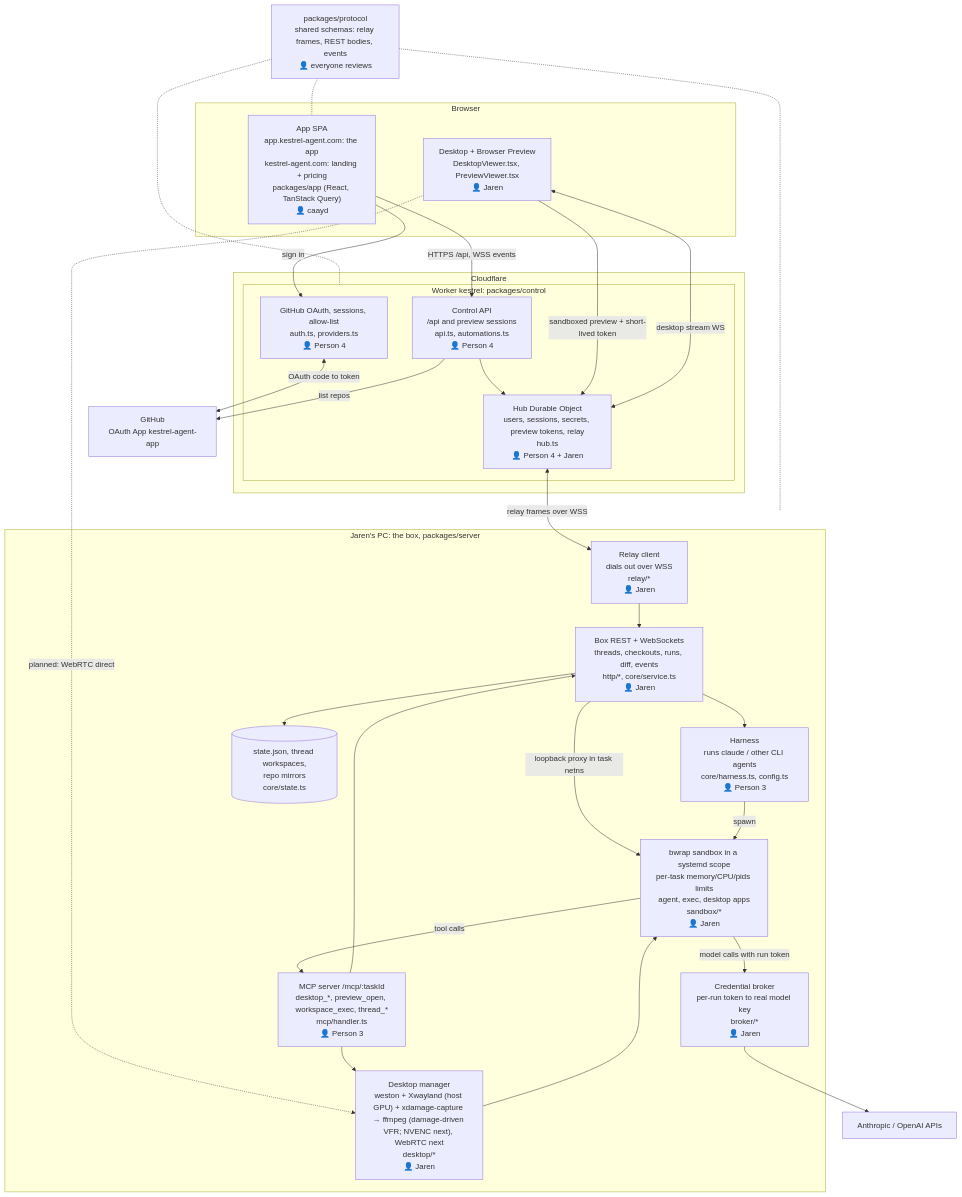
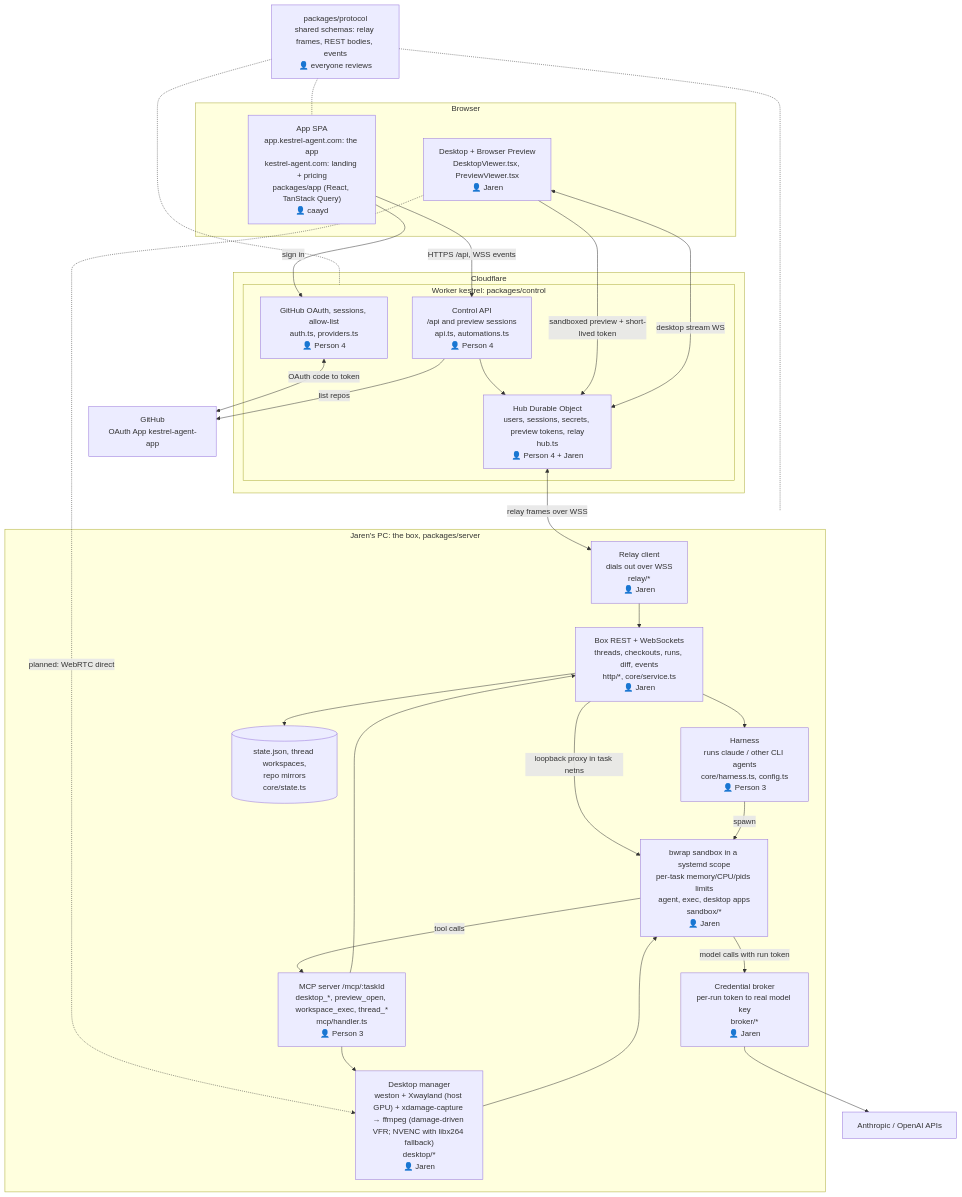
Before and after one commit to jarenm1/kestrel: the diagram in docs/architecture.md, drawn with Mermaid. The commit also changed other lines of this file and 1 other file, not shown here.

Commit message:
docs: mark NVENC desktop streaming as implemented

````diff
--- a/docs/architecture.md
+++ b/docs/architecture.md
@@ -3,56 +3,56 @@
 ```mermaid
 flowchart TB
   subgraph Browser["Browser"]
     APP["App SPA<br/>app.kestrel-agent.com: the app<br/>kestrel-agent.com: landing + pricing<br/>packages/app (React, TanStack Query)<br/>👤 caayd"]
     VIEW["Desktop + Browser Preview<br/>DesktopViewer.tsx, PreviewViewer.tsx<br/>👤 Jaren"]
   end
 
   subgraph CF["Cloudflare"]
     subgraph CTRL["Worker kestrel: packages/control"]
       AUTH["GitHub OAuth, sessions, allow-list<br/>auth.ts, providers.ts<br/>👤 Person 4"]
       API["Control API<br/>/api and preview sessions<br/>api.ts, automations.ts<br/>👤 Person 4"]
       HUB["Hub Durable Object<br/>users, sessions, secrets, preview tokens, relay<br/>hub.ts<br/>👤 Person 4 + Jaren"]
     end
   end
 
   GH["GitHub<br/>OAuth App kestrel-agent-app"]
 
   subgraph PC["Jaren's PC: the box, packages/server"]
     RELAY["Relay client<br/>dials out over WSS<br/>relay/*<br/>👤 Jaren"]
     REST["Box REST + WebSockets<br/>threads, checkouts, runs, diff, events<br/>http/*, core/service.ts<br/>👤 Jaren"]
     HARN["Harness<br/>runs claude / other CLI agents<br/>core/harness.ts, config.ts<br/>👤 Person 3"]
     MCP["MCP server /mcp/:taskId<br/>desktop_*, preview_open, workspace_exec, thread_*<br/>mcp/handler.ts<br/>👤 Person 3"]
     BROKER["Credential broker<br/>per-run token to real model key<br/>broker/*<br/>👤 Jaren"]
     SB["bwrap sandbox in a systemd scope<br/>per-task memory/CPU/pids limits<br/>agent, exec, desktop apps<br/>sandbox/*<br/>👤 Jaren"]
-    DESK["Desktop manager<br/>weston + Xwayland (host GPU) + xdamage-capture → ffmpeg (damage-driven VFR; NVENC next), WebRTC next<br/>desktop/*<br/>👤 Jaren"]
+    DESK["Desktop manager<br/>weston + Xwayland (host GPU) + xdamage-capture → ffmpeg (damage-driven VFR; NVENC with libx264 fallback)<br/>desktop/*<br/>👤 Jaren"]
     STATE[("state.json, thread workspaces,<br/>repo mirrors<br/>core/state.ts")]
   end
 
   LLM["Anthropic / OpenAI APIs"]
 
   APP -->|HTTPS /api, WSS events| API
   APP -->|sign in| AUTH
   AUTH <-->|OAuth code to token| GH
   API -->|list repos| GH
   API --> HUB
   HUB <-->|relay frames over WSS| RELAY
   VIEW -->|sandboxed preview + short-lived token| HUB
   VIEW <-->|desktop stream WS| HUB
   VIEW -.->|planned: WebRTC direct| DESK
   RELAY --> REST
   REST -->|loopback proxy in task netns| SB
   REST --> HARN
   REST --> STATE
   HARN -->|spawn| SB
   SB -->|tool calls| MCP
   SB -->|model calls with run token| BROKER
   BROKER --> LLM
   MCP --> DESK
   MCP --> REST
   DESK --> SB
 
   PROTO["packages/protocol<br/>shared schemas: relay frames, REST bodies, events<br/>👤 everyone reviews"]
   PROTO -.- APP
   PROTO -.- CTRL
   PROTO -.- PC
 ```
````
